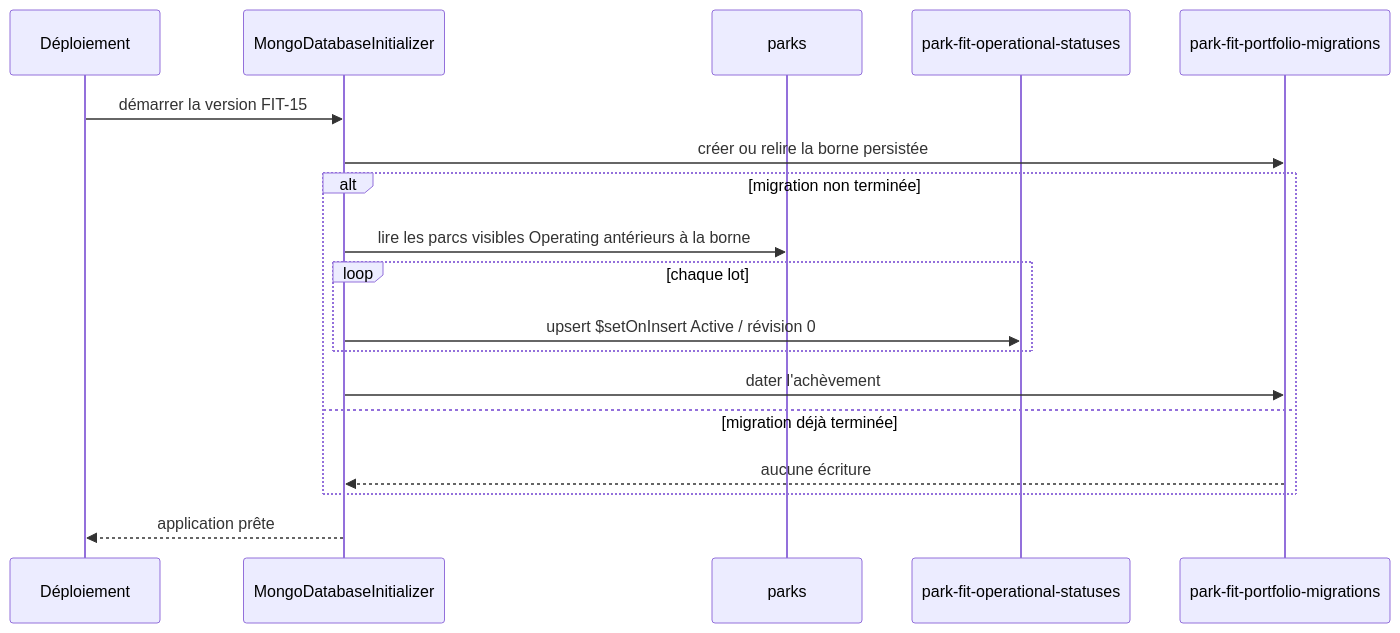
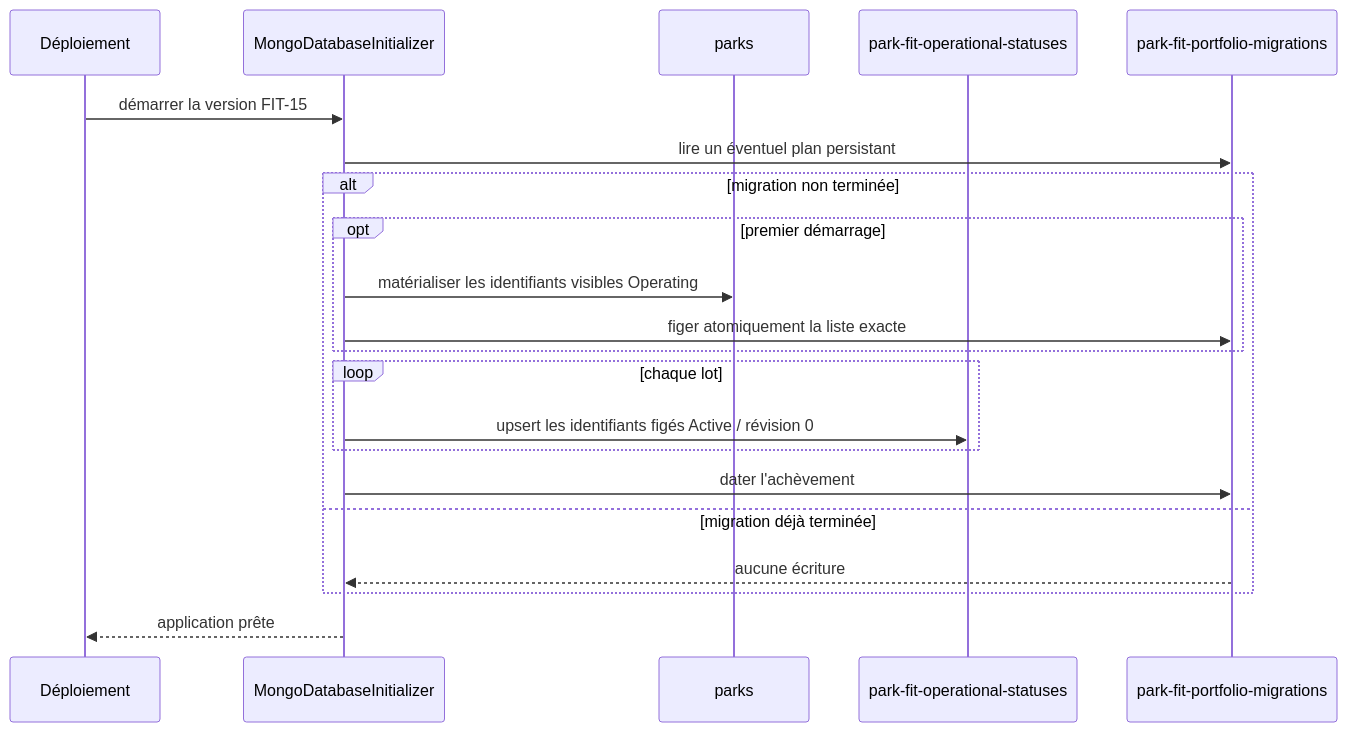
Before and after one commit to Ced59/AmusementParkProject: the third of 4 diagrams in docs/architecture/product-growth-fit-15-portfolio-activation-2026-09-14.md, drawn with Mermaid. The commit also changed other lines of this file and 4 other files, not shown here.

````diff
--- a/docs/architecture/product-growth-fit-15-portfolio-activation-2026-09-14.md
+++ b/docs/architecture/product-growth-fit-15-portfolio-activation-2026-09-14.md
@@ -187,21 +188,24 @@
 ```mermaid
 sequenceDiagram
     participant D as Déploiement
     participant I as MongoDatabaseInitializer
     participant P as parks
     participant S as park-fit-operational-statuses
     participant M as park-fit-portfolio-migrations
 
     D->>I: démarrer la version FIT-15
-    I->>M: créer ou relire la borne persistée
+    I->>M: lire un éventuel plan persistant
     alt migration non terminée
-      I->>P: lire les parcs visibles Operating antérieurs à la borne
+      opt premier démarrage
+        I->>P: matérialiser les identifiants visibles Operating
+        I->>M: figer atomiquement la liste exacte
+      end
       loop chaque lot
-        I->>S: upsert $setOnInsert Active / révision 0
+        I->>S: upsert les identifiants figés Active / révision 0
       end
       I->>M: dater l'achèvement
     else migration déjà terminée
       M-->>I: aucune écriture
     end
     I-->>D: application prête
 ```
````
